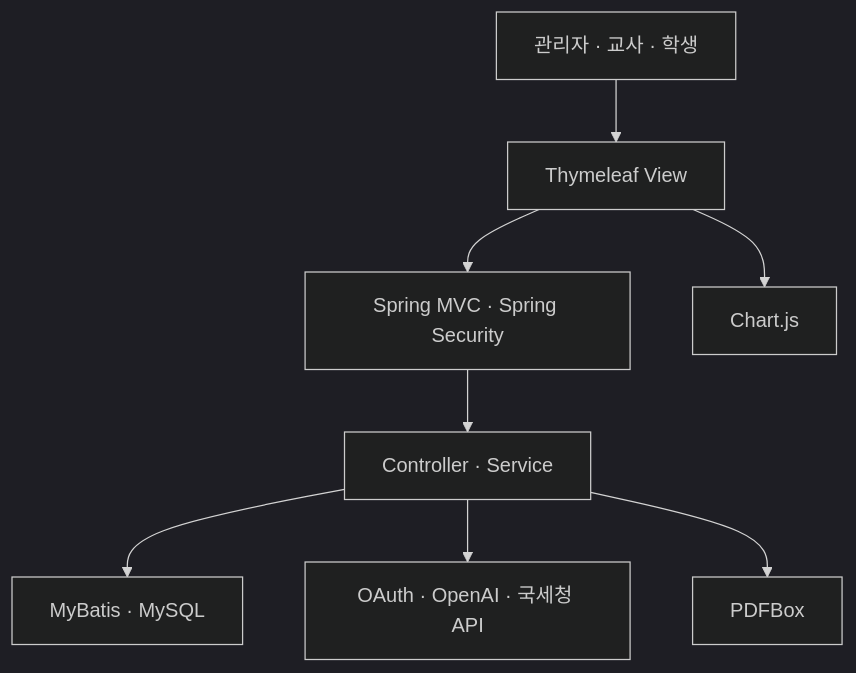
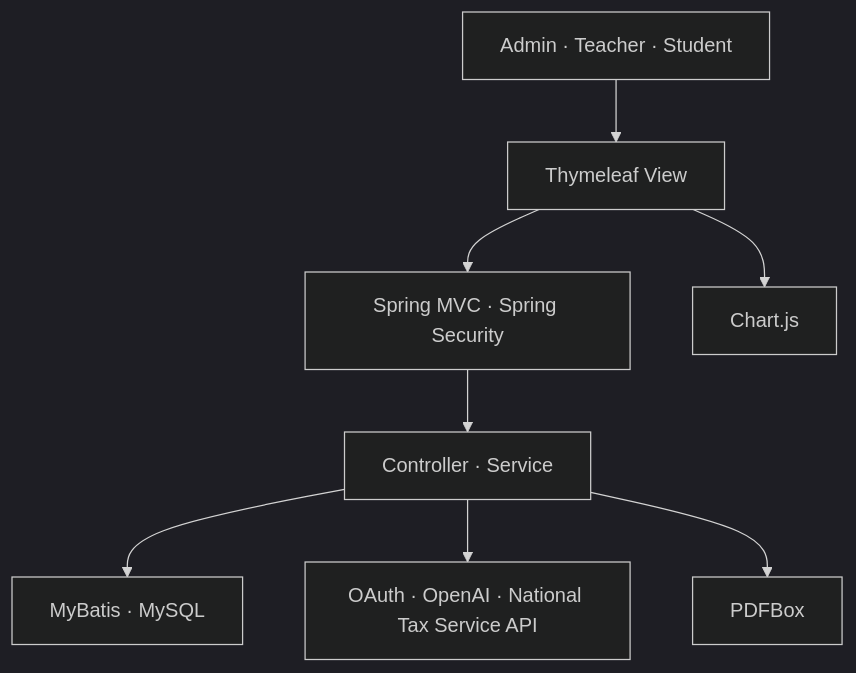
One commit to Eunhye-yoo/EduPOP changed the second of 2 diagrams in README.md. Above: the diagram before and after it, drawn with Mermaid (dark theme). The commit also changed other lines of this file, not shown here.

```diff
--- a/README.md
+++ b/README.md
@@ -128,10 +126,10 @@
 ~~~mermaid
 flowchart TB
-    U["관리자 · 교사 · 학생"] --> V["Thymeleaf View"]
+    U["Admin · Teacher · Student"] --> V["Thymeleaf View"]
     V --> S["Spring MVC · Spring Security"]
     S --> B["Controller · Service"]
     B --> D["MyBatis · MySQL"]
-    B --> X["OAuth · OpenAI · 국세청 API"]
+    B --> X["OAuth · OpenAI · National Tax Service API"]
     B --> P["PDFBox"]
     V --> C["Chart.js"]
 ~~~
```
